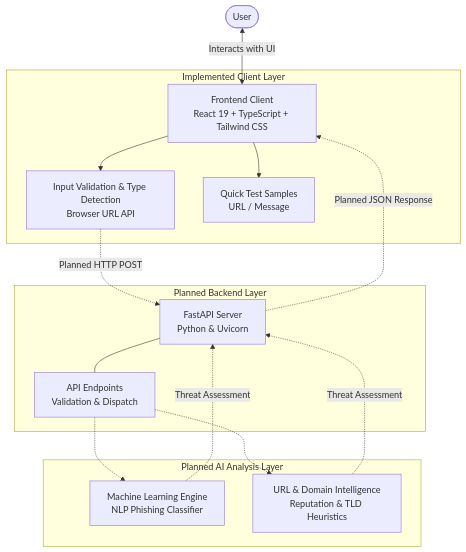
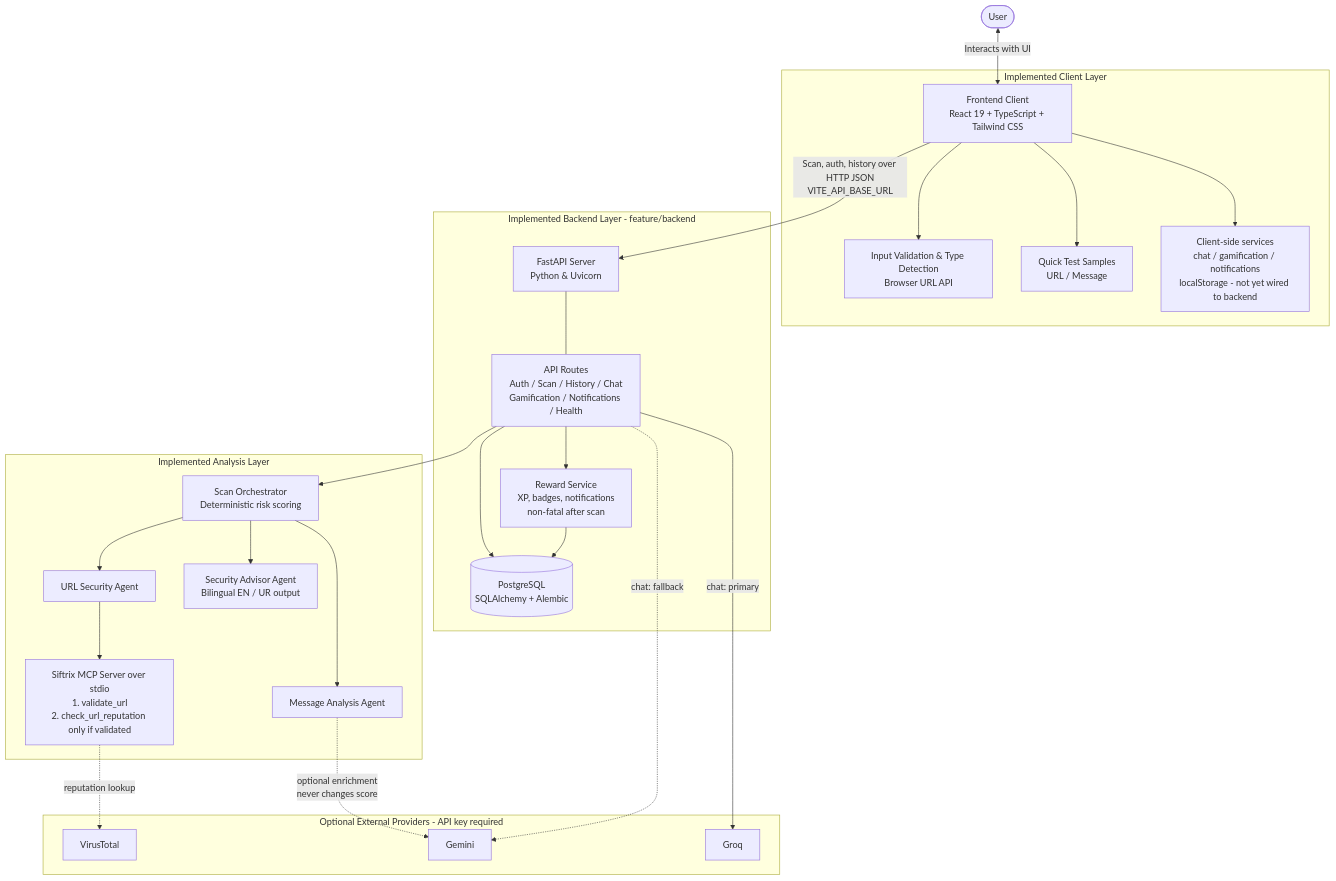
The first of 2 diagrams in docs/README.md (Mariadesignerdesk/Siftrix), drawn with Mermaid before and after one commit. The commit also changed other lines of this file, not shown here.

Commit message:
docs: update Siftrix architecture and integration status

````diff
--- a/docs/README.md
+++ b/docs/README.md
@@ -32,27 +44,46 @@
 ```mermaid
 flowchart TD
     User([User]) <-->|Interacts with UI| FE[Frontend Client\nReact 19 + TypeScript + Tailwind CSS]
-    
+
     subgraph Client [Implemented Client Layer]
         FE --> Val[Input Validation & Type Detection\nBrowser URL API]
         FE --> Samples[Quick Test Samples\nURL / Message]
+        FE --> Local[Client-side services\nchat / gamification / notifications\nlocalStorage - not yet wired to backend]
     end
 
-    subgraph Backend [Planned Backend Layer]
+    subgraph Backend [Implemented Backend Layer - feature/backend]
         API[FastAPI Server\nPython & Uvicorn]
-        Routes[API Endpoints\nValidation & Dispatch]
+        Routes[API Routes\nAuth / Scan / History / Chat\nGamification / Notifications / Health]
+        DB[(PostgreSQL\nSQLAlchemy + Alembic)]
+        Rewards[Reward Service\nXP, badges, notifications\nnon-fatal after scan]
         API --- Routes
+        Routes --> DB
+        Routes --> Rewards
+        Rewards --> DB
     end
 
-    subgraph Intelligence [Planned AI Analysis Layer]
-        ML[Machine Learning Engine\nNLP Phishing Classifier]
-        Rep[URL & Domain Intelligence\nReputation & TLD Heuristics]
+    subgraph Intelligence [Implemented Analysis Layer]
+        Orch[Scan Orchestrator\nDeterministic risk scoring]
+        UrlA[URL Security Agent]
+        MsgA[Message Analysis Agent]
+        Adv[Security Advisor Agent\nBilingual EN / UR output]
+        MCP[Siftrix MCP Server over stdio\n1. validate_url\n2. check_url_reputation only if validated]
+        Orch --> UrlA
+        Orch --> MsgA
+        Orch --> Adv
+        UrlA --> MCP
     end
 
-    Val -.->|Planned HTTP POST| API
-    Routes -.-> ML
-    Routes -.-> Rep
-    ML -.->|Threat Assessment| API
-    Rep -.->|Threat Assessment| API
-    API -.->|Planned JSON Response| FE
+    subgraph External [Optional External Providers - API key required]
+        VT[VirusTotal]
+        Gem[Gemini]
+        Groq[Groq]
+    end
+
+    FE -->|Scan, auth, history over HTTP JSON\nVITE_API_BASE_URL| API
+    Routes --> Orch
+    MCP -.->|reputation lookup| VT
+    MsgA -.->|optional enrichment\nnever changes score| Gem
+    Routes -->|chat: primary| Groq
+    Routes -.->|chat: fallback| Gem
 ```
````
